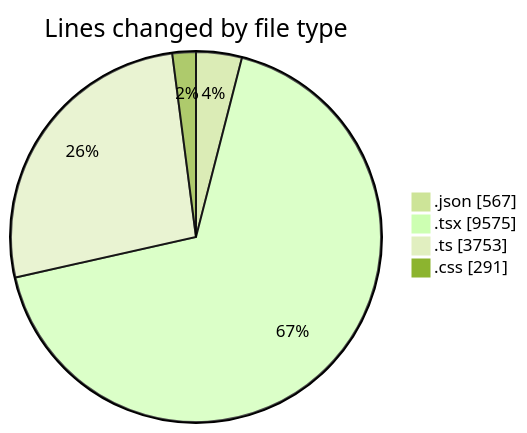
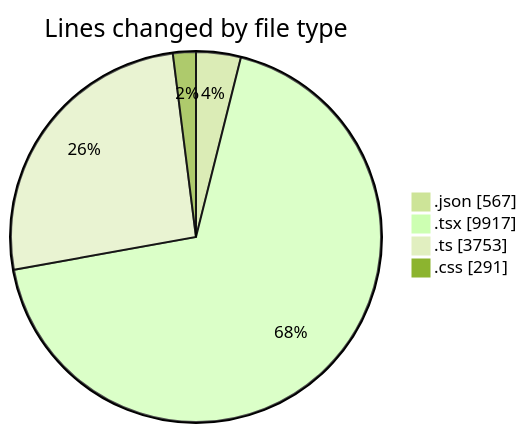
Before and after one commit to julien-gomy/code-tracking: the first of 2 diagrams in 2025-10-07/eventscop-frontend-guide__workspace_/README.md, drawn with Mermaid (forest theme). The commit also changed other lines of this file and 1 other file, not shown here.

````diff
--- a/2025-10-07/eventscop-frontend-guide__workspace_/README.md
+++ b/2025-10-07/eventscop-frontend-guide__workspace_/README.md
@@ -90,8 +91,8 @@
 ```mermaid
 pie showData
 title Lines changed by file type
 ".json" : 567
-".tsx" : 9575
+".tsx" : 9917
 ".ts" : 3753
 ".css" : 291
 ```
````
